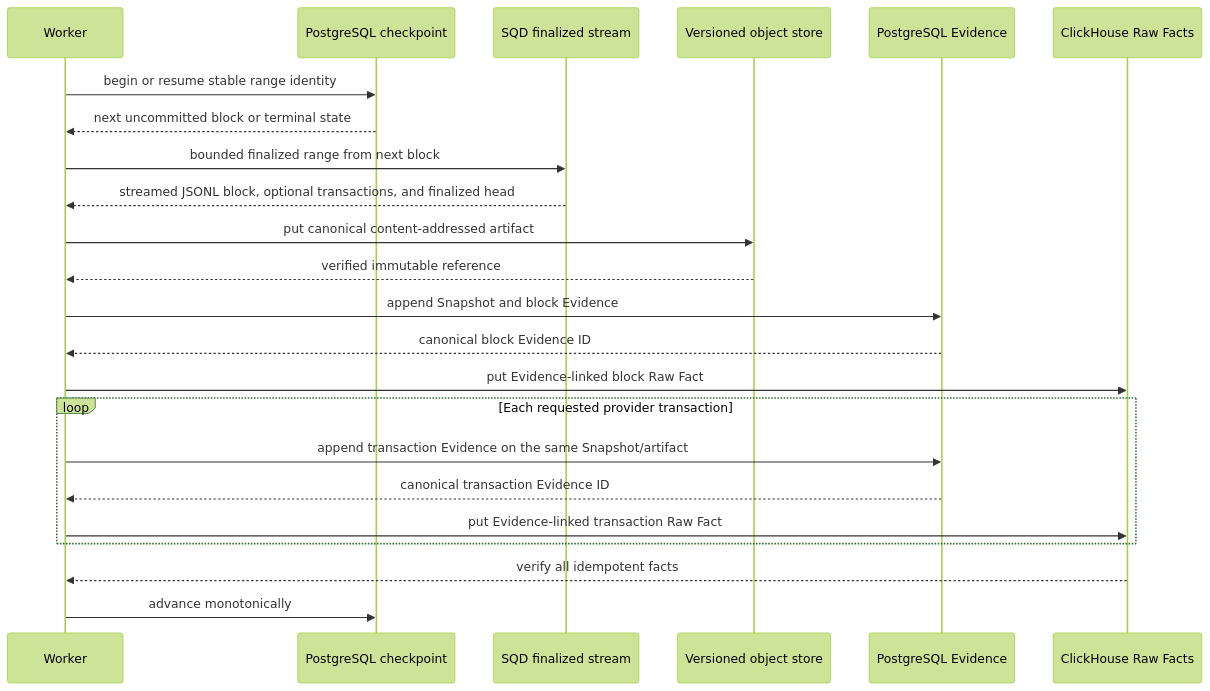
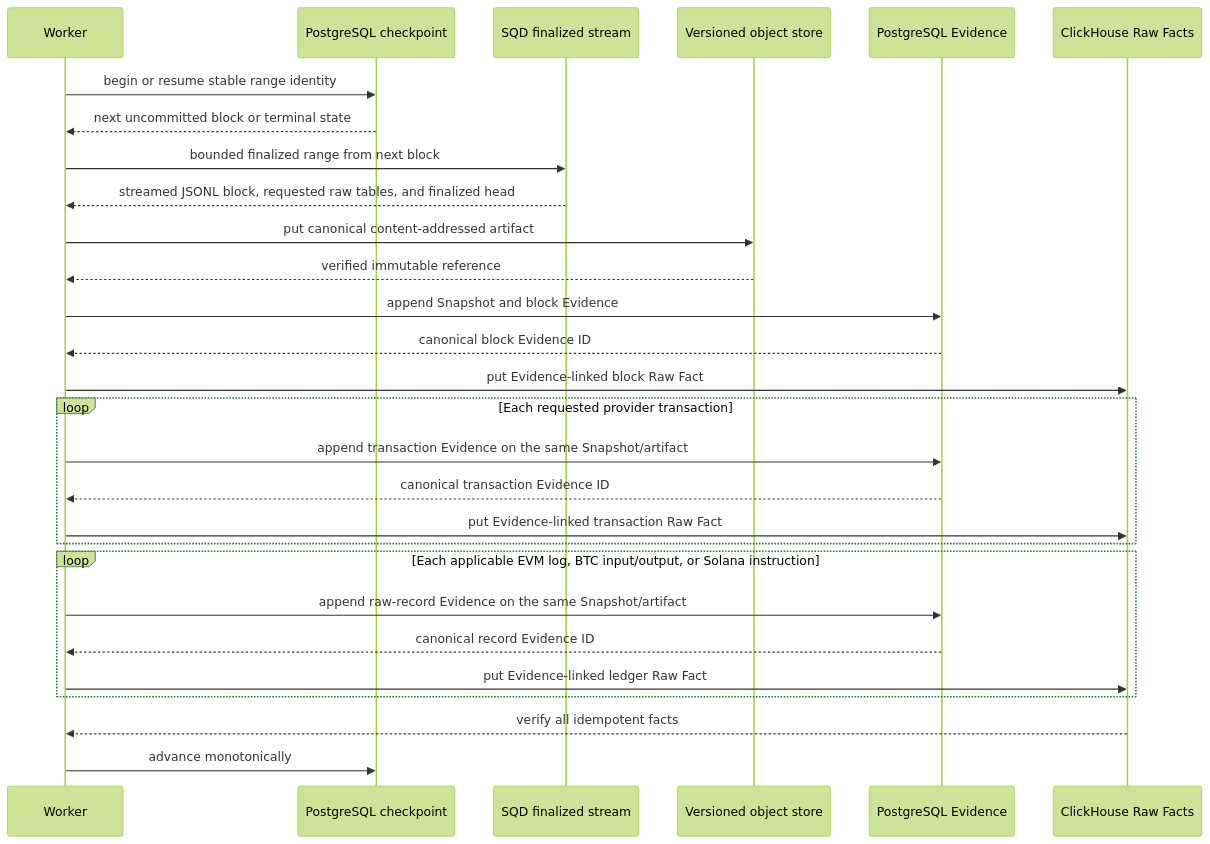
Before and after one commit to greywolf8888/ZeroTrace: the third of 3 diagrams in docs/architecture/ARCHITECTURE.md, drawn with Mermaid (forest theme). The commit also changed other lines of this file and 11 other files, not shown here.

Commit message:
docs: record ledger ingestion acceptance

````diff
--- a/docs/architecture/ARCHITECTURE.md
+++ b/docs/architecture/ARCHITECTURE.md
@@ -207,26 +208,31 @@
 ```mermaid
 sequenceDiagram
   participant Worker
   participant Checkpoint as PostgreSQL checkpoint
   participant SQD as SQD finalized stream
   participant Object as Versioned object store
   participant Evidence as PostgreSQL Evidence
   participant Facts as ClickHouse Raw Facts
 
   Worker->>Checkpoint: begin or resume stable range identity
   Checkpoint-->>Worker: next uncommitted block or terminal state
   Worker->>SQD: bounded finalized range from next block
-  SQD-->>Worker: streamed JSONL block, optional transactions, and finalized head
+  SQD-->>Worker: streamed JSONL block, requested raw tables, and finalized head
   Worker->>Object: put canonical content-addressed artifact
   Object-->>Worker: verified immutable reference
   Worker->>Evidence: append Snapshot and block Evidence
   Evidence-->>Worker: canonical block Evidence ID
   Worker->>Facts: put Evidence-linked block Raw Fact
   loop Each requested provider transaction
     Worker->>Evidence: append transaction Evidence on the same Snapshot/artifact
     Evidence-->>Worker: canonical transaction Evidence ID
     Worker->>Facts: put Evidence-linked transaction Raw Fact
   end
+  loop Each applicable EVM log, BTC input/output, or Solana instruction
+    Worker->>Evidence: append raw-record Evidence on the same Snapshot/artifact
+    Evidence-->>Worker: canonical record Evidence ID
+    Worker->>Facts: put Evidence-linked ledger Raw Fact
+  end
   Facts-->>Worker: verify all idempotent facts
   Worker->>Checkpoint: advance monotonically
 ```
````
